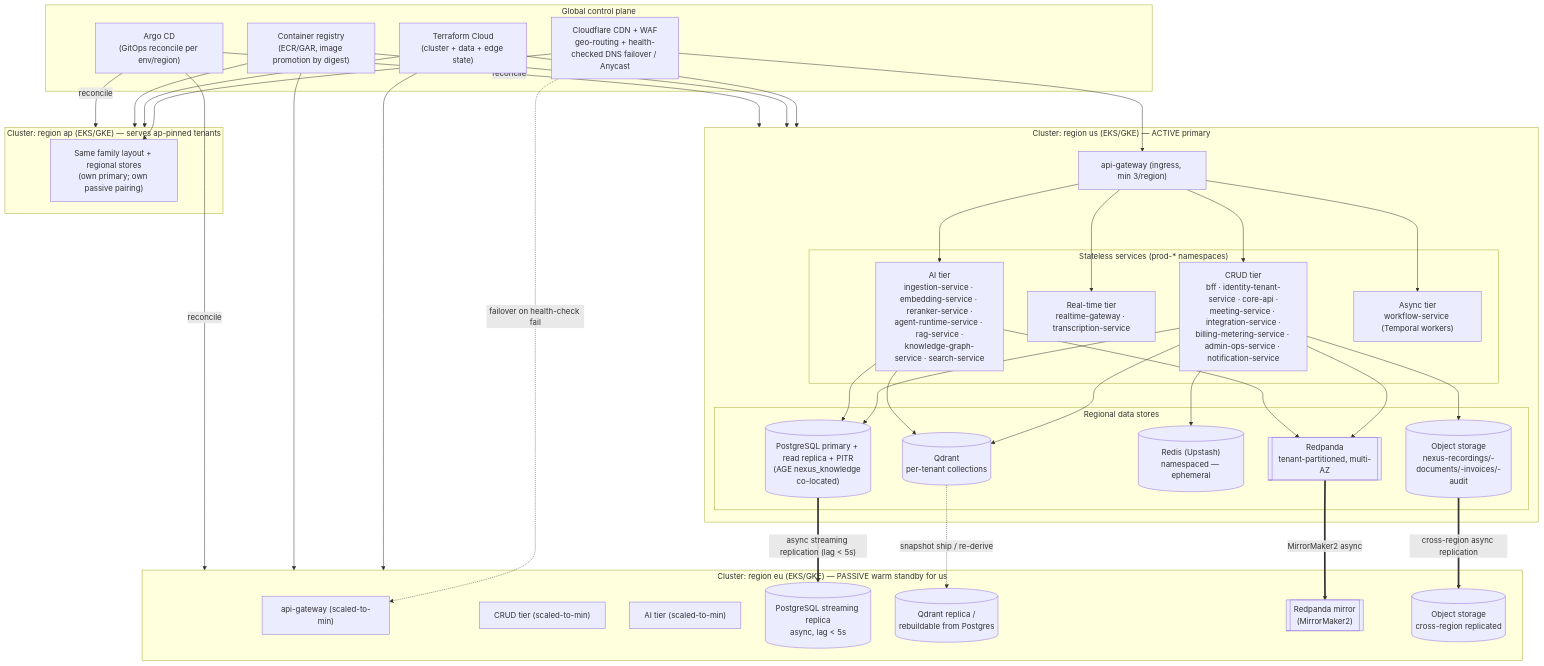
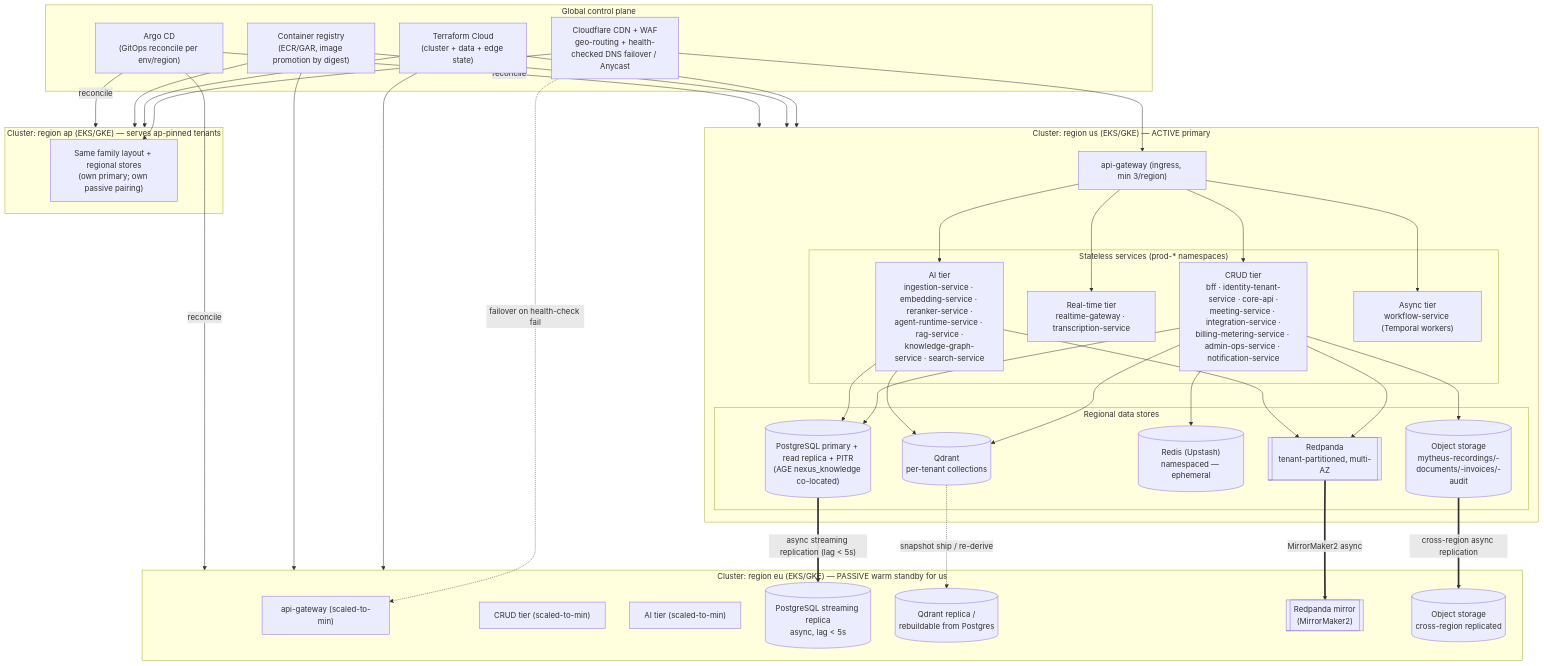
Before and after one commit to Mytheus-AI/mytheus-docs: the first of 4 diagrams in diagrams/10-deployment-multiregion.md, drawn with Mermaid. The commit also changed other lines of this file and 28 other files, not shown here.

First line of the commit message:
docs: rename the object storage buckets from nexus-* to mytheus-* (ADR-0028)

````diff
--- a/diagrams/10-deployment-multiregion.md
+++ b/diagrams/10-deployment-multiregion.md
@@ -32,56 +32,56 @@
 ```mermaid
 flowchart TB
   subgraph GLOBAL["Global control plane"]
     CF["Cloudflare CDN + WAF<br/>geo-routing + health-checked DNS failover / Anycast"]
     TF["Terraform Cloud<br/>(cluster + data + edge state)"]
     REG["Container registry<br/>(ECR/GAR, image promotion by digest)"]
     ARGO["Argo CD<br/>(GitOps reconcile per env/region)"]
   end
 
   subgraph US["Cluster: region us (EKS/GKE) — ACTIVE primary"]
     USGW["api-gateway (ingress, min 3/region)"]
     subgraph USSVC["Stateless services (prod-* namespaces)"]
       USCRUD["CRUD tier<br/>bff · identity-tenant-service · core-api ·<br/>meeting-service · integration-service ·<br/>billing-metering-service · admin-ops-service · notification-service"]
       USRT["Real-time tier<br/>realtime-gateway · transcription-service"]
       USAI["AI tier<br/>ingestion-service · embedding-service · reranker-service ·<br/>agent-runtime-service · rag-service ·<br/>knowledge-graph-service · search-service"]
       USASYNC["Async tier<br/>workflow-service (Temporal workers)"]
     end
     subgraph USDATA["Regional data stores"]
       USPG[("PostgreSQL primary + read replica + PITR<br/>(AGE nexus_knowledge co-located)")]
       USQD[("Qdrant<br/>per-tenant collections")]
       USRD[("Redis (Upstash)<br/>namespaced — ephemeral")]
       USRP[["Redpanda<br/>tenant-partitioned, multi-AZ"]]
-      USOBJ[("Object storage<br/>nexus-recordings/-documents/-invoices/-audit")]
+      USOBJ[("Object storage<br/>mytheus-recordings/-documents/-invoices/-audit")]
     end
   end
 
   subgraph EU["Cluster: region eu (EKS/GKE) — PASSIVE warm standby for us"]
     EUGW["api-gateway (scaled-to-min)"]
     EUCRUD["CRUD tier (scaled-to-min)"]
     EUAI["AI tier (scaled-to-min)"]
     EUPG[("PostgreSQL streaming replica<br/>async, lag < 5s")]
     EUQD[("Qdrant replica /<br/>rebuildable from Postgres")]
     EURP[["Redpanda mirror<br/>(MirrorMaker2)"]]
     EUOBJ[("Object storage<br/>cross-region replicated")]
   end
 
   subgraph AP["Cluster: region ap (EKS/GKE) — serves ap-pinned tenants"]
     APREG["Same family layout + regional stores<br/>(own primary; own passive pairing)"]
   end
 
   CF --> USGW
   CF -.->|"failover on health-check fail"| EUGW
   CF --> APREG
   TF --> US & EU & AP
   REG --> US & EU & AP
   ARGO -->|reconcile| US & EU & AP
 
   USGW --> USCRUD & USRT & USAI & USASYNC
   USCRUD --> USPG & USQD & USRD & USRP & USOBJ
   USAI --> USPG & USQD & USRP
 
   USPG ==>|"async streaming replication (lag < 5s)"| EUPG
   USRP ==>|"MirrorMaker2 async"| EURP
   USOBJ ==>|"cross-region async replication"| EUOBJ
   USQD -.->|"snapshot ship / re-derive"| EUQD
 ```
````
